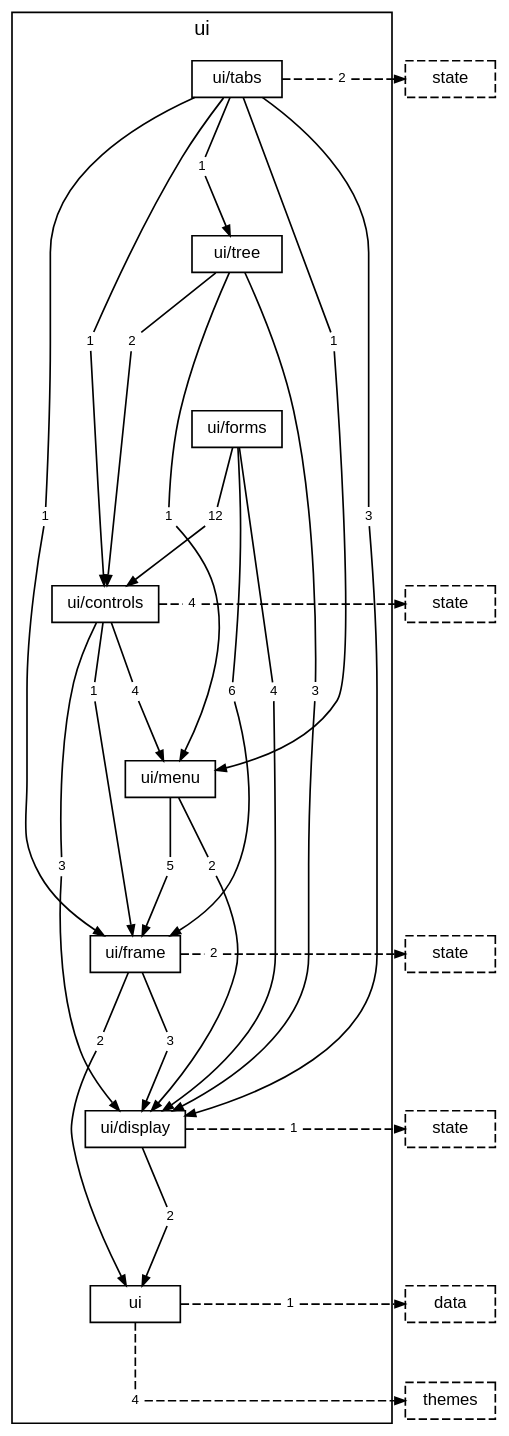
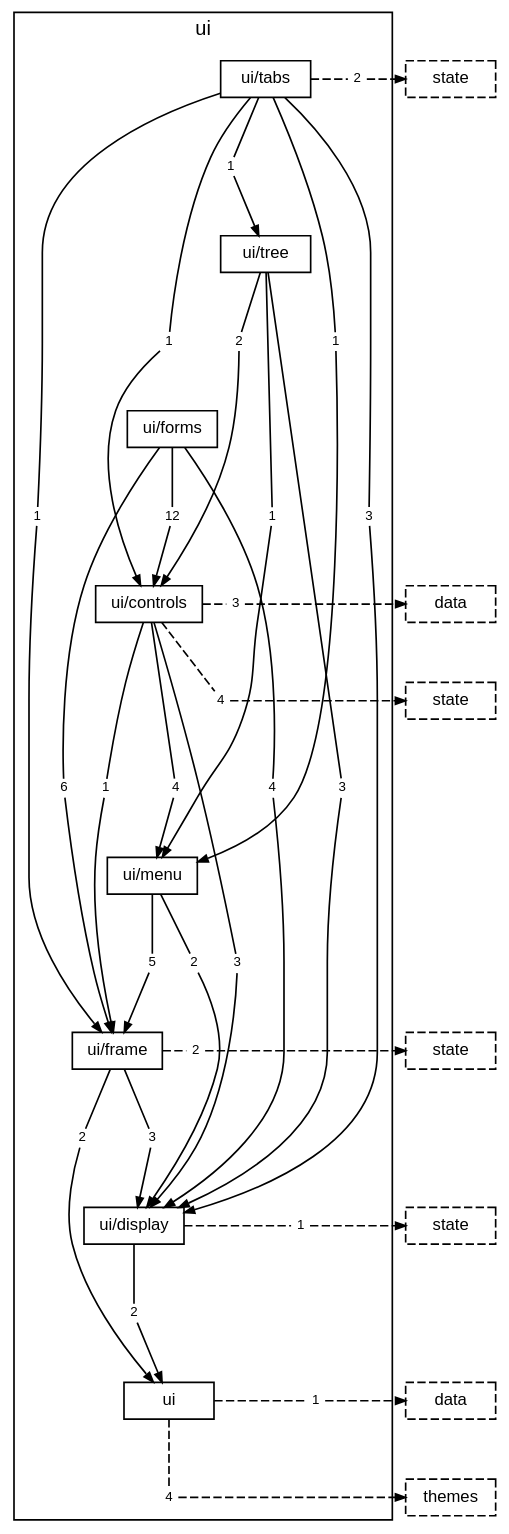
The diagram in docs/diagrams/layer-ui.dot (TheAxeC/oculus), drawn with Graphviz before and after one commit. The commit also changed 124 other files, not shown here.

```diff
--- a/docs/diagrams/layer-ui.dot
+++ b/docs/diagrams/layer-ui.dot
@@ -1,110 +1,115 @@
 digraph layer_ui {
     graph [bgcolor="transparent", rankdir=TB, newrank=true, mclimit=4, fontname="Helvetica,Arial,sans-serif", fontsize=12, nodesep=0.2, ranksep=0.5];
     node [shape=box, color="black", fontcolor="black", fontname="Helvetica,Arial,sans-serif", fontsize=10, height=0.3, margin="0.12,0.04"];
     edge [color="black", fontcolor="black", fontname="Helvetica,Arial,sans-serif", fontsize=8, arrowsize=0.6];
     subgraph "cluster_ui" {
         label="ui"; style=solid;
         "folder ui/tabs" [label="ui/tabs"];
         "folder ui/tree" [label="ui/tree"];
         "folder ui/forms" [label="ui/forms"];
         "folder ui/controls" [label="ui/controls"];
         "folder ui/menu" [label="ui/menu"];
         "folder ui/frame" [label="ui/frame"];
         "folder ui/display" [label="ui/display"];
         "folder ui" [label="ui"];
         "folder ui/tabs to folder ui/controls" [label="1", shape=box, color="transparent", fontsize=8, width=0, height=0, margin="0.04,0.02"];
         "folder ui/tabs to folder ui/display" [label="3", shape=box, color="transparent", fontsize=8, width=0, height=0, margin="0.04,0.02"];
         "folder ui/tabs to folder ui/frame" [label="1", shape=box, color="transparent", fontsize=8, width=0, height=0, margin="0.04,0.02"];
         "folder ui/tabs to folder ui/menu" [label="1", shape=box, color="transparent", fontsize=8, width=0, height=0, margin="0.04,0.02"];
         "folder ui/tabs to folder ui/tree" [label="1", shape=box, color="transparent", fontsize=8, width=0, height=0, margin="0.04,0.02"];
         "folder ui/tabs to layer state" [label="2", shape=box, color="transparent", fontsize=8, width=0, height=0, margin="0.04,0.02"];
         "folder ui/tree to folder ui/controls" [label="2", shape=box, color="transparent", fontsize=8, width=0, height=0, margin="0.04,0.02"];
         "folder ui/tree to folder ui/display" [label="3", shape=box, color="transparent", fontsize=8, width=0, height=0, margin="0.04,0.02"];
         "folder ui/tree to folder ui/menu" [label="1", shape=box, color="transparent", fontsize=8, width=0, height=0, margin="0.04,0.02"];
         "folder ui/forms to folder ui/controls" [label="12", shape=box, color="transparent", fontsize=8, width=0, height=0, margin="0.04,0.02"];
         "folder ui/forms to folder ui/display" [label="4", shape=box, color="transparent", fontsize=8, width=0, height=0, margin="0.04,0.02"];
         "folder ui/forms to folder ui/frame" [label="6", shape=box, color="transparent", fontsize=8, width=0, height=0, margin="0.04,0.02"];
         "folder ui/controls to folder ui/display" [label="3", shape=box, color="transparent", fontsize=8, width=0, height=0, margin="0.04,0.02"];
         "folder ui/controls to folder ui/frame" [label="1", shape=box, color="transparent", fontsize=8, width=0, height=0, margin="0.04,0.02"];
         "folder ui/controls to folder ui/menu" [label="4", shape=box, color="transparent", fontsize=8, width=0, height=0, margin="0.04,0.02"];
+        "folder ui/controls to layer data" [label="3", shape=box, color="transparent", fontsize=8, width=0, height=0, margin="0.04,0.02"];
         "folder ui/controls to layer state" [label="4", shape=box, color="transparent", fontsize=8, width=0, height=0, margin="0.04,0.02"];
         "folder ui/menu to folder ui/display" [label="2", shape=box, color="transparent", fontsize=8, width=0, height=0, margin="0.04,0.02"];
         "folder ui/menu to folder ui/frame" [label="5", shape=box, color="transparent", fontsize=8, width=0, height=0, margin="0.04,0.02"];
         "folder ui/frame to folder ui" [label="2", shape=box, color="transparent", fontsize=8, width=0, height=0, margin="0.04,0.02"];
         "folder ui/frame to folder ui/display" [label="3", shape=box, color="transparent", fontsize=8, width=0, height=0, margin="0.04,0.02"];
         "folder ui/frame to layer state" [label="2", shape=box, color="transparent", fontsize=8, width=0, height=0, margin="0.04,0.02"];
         "folder ui/display to folder ui" [label="2", shape=box, color="transparent", fontsize=8, width=0, height=0, margin="0.04,0.02"];
         "folder ui/display to layer state" [label="1", shape=box, color="transparent", fontsize=8, width=0, height=0, margin="0.04,0.02"];
         "folder ui to layer data" [label="1", shape=box, color="transparent", fontsize=8, width=0, height=0, margin="0.04,0.02"];
         "folder ui to layer themes" [label="4", shape=box, color="transparent", fontsize=8, width=0, height=0, margin="0.04,0.02"];
     }
     "layer state from folder ui/tabs" [label="state", style=dashed];
+    "layer data from folder ui/controls" [label="data", style=dashed];
     "layer state from folder ui/controls" [label="state", style=dashed];
     "layer state from folder ui/frame" [label="state", style=dashed];
     "layer state from folder ui/display" [label="state", style=dashed];
     "layer data from folder ui" [label="data", style=dashed];
     "layer themes from folder ui" [label="themes", style=dashed];
     "folder ui/tabs" -> "folder ui/tree" [style=invis, weight=10, minlen=2];
     "folder ui/tree" -> "folder ui/forms" [style=invis, weight=10, minlen=2];
     "folder ui/forms" -> "folder ui/controls" [style=invis, weight=10, minlen=2];
-    "folder ui/controls" -> "folder ui/menu" [style=invis, weight=10, minlen=2];
+    "folder ui/controls" -> "folder ui/menu" [style=invis, weight=10, minlen=3];
     "folder ui/menu" -> "folder ui/frame" [style=invis, weight=10, minlen=2];
     "folder ui/frame" -> "folder ui/display" [style=invis, weight=10, minlen=2];
     "folder ui/display" -> "folder ui" [style=invis, weight=10, minlen=2];
     "folder ui/tabs" -> "folder ui/tabs to folder ui/controls" [arrowhead=none, minlen=3, weight=10];
     "folder ui/tabs to folder ui/controls" -> "folder ui/controls" [];
     "folder ui/tabs" -> "folder ui/tabs to folder ui/display" [arrowhead=none, minlen=5, weight=10];
     "folder ui/tabs to folder ui/display" -> "folder ui/display" [];
     "folder ui/tabs" -> "folder ui/tabs to folder ui/frame" [arrowhead=none, minlen=5, weight=10];
     "folder ui/tabs to folder ui/frame" -> "folder ui/frame" [];
     "folder ui/tabs" -> "folder ui/tabs to folder ui/menu" [arrowhead=none, minlen=3, weight=10];
     "folder ui/tabs to folder ui/menu" -> "folder ui/menu" [];
     "folder ui/tabs" -> "folder ui/tabs to folder ui/tree" [arrowhead=none, minlen=1, weight=10];
     "folder ui/tabs to folder ui/tree" -> "folder ui/tree" [];
     "folder ui/tabs" -> "folder ui/tabs to layer state" [arrowhead=none, style=dashed];
     "folder ui/tabs to layer state" -> "layer state from folder ui/tabs" [style=dashed];
     { rank=same; "folder ui/tabs"; "folder ui/tabs to layer state"; "layer state from folder ui/tabs"; }
     "folder ui/tree" -> "folder ui/tree to folder ui/controls" [arrowhead=none, minlen=1, weight=10];
     "folder ui/tree to folder ui/controls" -> "folder ui/controls" [];
-    "folder ui/tree" -> "folder ui/tree to folder ui/display" [arrowhead=none, minlen=5, weight=10];
+    "folder ui/tree" -> "folder ui/tree to folder ui/display" [arrowhead=none, minlen=6, weight=10];
     "folder ui/tree to folder ui/display" -> "folder ui/display" [];
     "folder ui/tree" -> "folder ui/tree to folder ui/menu" [arrowhead=none, minlen=3, weight=10];
     "folder ui/tree to folder ui/menu" -> "folder ui/menu" [];
     "folder ui/forms" -> "folder ui/forms to folder ui/controls" [arrowhead=none, minlen=1, weight=10];
     "folder ui/forms to folder ui/controls" -> "folder ui/controls" [];
-    "folder ui/forms" -> "folder ui/forms to folder ui/display" [arrowhead=none, minlen=3, weight=10];
+    "folder ui/forms" -> "folder ui/forms to folder ui/display" [arrowhead=none, minlen=4, weight=10];
     "folder ui/forms to folder ui/display" -> "folder ui/display" [];
-    "folder ui/forms" -> "folder ui/forms to folder ui/frame" [arrowhead=none, minlen=3, weight=10];
+    "folder ui/forms" -> "folder ui/forms to folder ui/frame" [arrowhead=none, minlen=4, weight=10];
     "folder ui/forms to folder ui/frame" -> "folder ui/frame" [];
-    "folder ui/controls" -> "folder ui/controls to folder ui/display" [arrowhead=none, minlen=3, weight=10];
+    "folder ui/controls" -> "folder ui/controls to folder ui/display" [arrowhead=none, minlen=4, weight=10];
     "folder ui/controls to folder ui/display" -> "folder ui/display" [];
-    "folder ui/controls" -> "folder ui/controls to folder ui/frame" [arrowhead=none, minlen=1, weight=10];
+    "folder ui/controls" -> "folder ui/controls to folder ui/frame" [arrowhead=none, minlen=2, weight=10];
     "folder ui/controls to folder ui/frame" -> "folder ui/frame" [];
-    "folder ui/controls" -> "folder ui/controls to folder ui/menu" [arrowhead=none, minlen=1, weight=10];
+    "folder ui/controls" -> "folder ui/controls to folder ui/menu" [arrowhead=none, minlen=2, weight=10];
     "folder ui/controls to folder ui/menu" -> "folder ui/menu" [];
-    "folder ui/controls" -> "folder ui/controls to layer state" [arrowhead=none, style=dashed];
+    "folder ui/controls" -> "folder ui/controls to layer data" [arrowhead=none, style=dashed];
+    "folder ui/controls to layer data" -> "layer data from folder ui/controls" [style=dashed];
+    { rank=same; "folder ui/controls"; "folder ui/controls to layer data"; "layer data from folder ui/controls"; }
+    "folder ui/controls" -> "folder ui/controls to layer state" [arrowhead=none, style=dashed, minlen=1, weight=10];
     "folder ui/controls to layer state" -> "layer state from folder ui/controls" [style=dashed];
-    { rank=same; "folder ui/controls"; "folder ui/controls to layer state"; "layer state from folder ui/controls"; }
+    { rank=same; "folder ui/controls to layer state"; "layer state from folder ui/controls"; }
     "folder ui/menu" -> "folder ui/menu to folder ui/display" [arrowhead=none, minlen=1, weight=10];
     "folder ui/menu to folder ui/display" -> "folder ui/display" [];
     "folder ui/menu" -> "folder ui/menu to folder ui/frame" [arrowhead=none, minlen=1, weight=10];
     "folder ui/menu to folder ui/frame" -> "folder ui/frame" [];
     "folder ui/frame" -> "folder ui/frame to folder ui" [arrowhead=none, minlen=1, weight=10];
     "folder ui/frame to folder ui" -> "folder ui" [];
     "folder ui/frame" -> "folder ui/frame to folder ui/display" [arrowhead=none, minlen=1, weight=10];
     "folder ui/frame to folder ui/display" -> "folder ui/display" [];
     "folder ui/frame" -> "folder ui/frame to layer state" [arrowhead=none, style=dashed];
     "folder ui/frame to layer state" -> "layer state from folder ui/frame" [style=dashed];
     { rank=same; "folder ui/frame"; "folder ui/frame to layer state"; "layer state from folder ui/frame"; }
     "folder ui/display" -> "folder ui/display to folder ui" [arrowhead=none, minlen=1, weight=10];
     "folder ui/display to folder ui" -> "folder ui" [];
     "folder ui/display" -> "folder ui/display to layer state" [arrowhead=none, style=dashed];
     "folder ui/display to layer state" -> "layer state from folder ui/display" [style=dashed];
     { rank=same; "folder ui/display"; "folder ui/display to layer state"; "layer state from folder ui/display"; }
     "folder ui" -> "folder ui to layer data" [arrowhead=none, style=dashed];
     "folder ui to layer data" -> "layer data from folder ui" [style=dashed];
     { rank=same; "folder ui"; "folder ui to layer data"; "layer data from folder ui"; }
     "folder ui" -> "folder ui to layer themes" [arrowhead=none, style=dashed, minlen=1, weight=10];
     "folder ui to layer themes" -> "layer themes from folder ui" [style=dashed];
     { rank=same; "folder ui to layer themes"; "layer themes from folder ui"; }
 }
```
